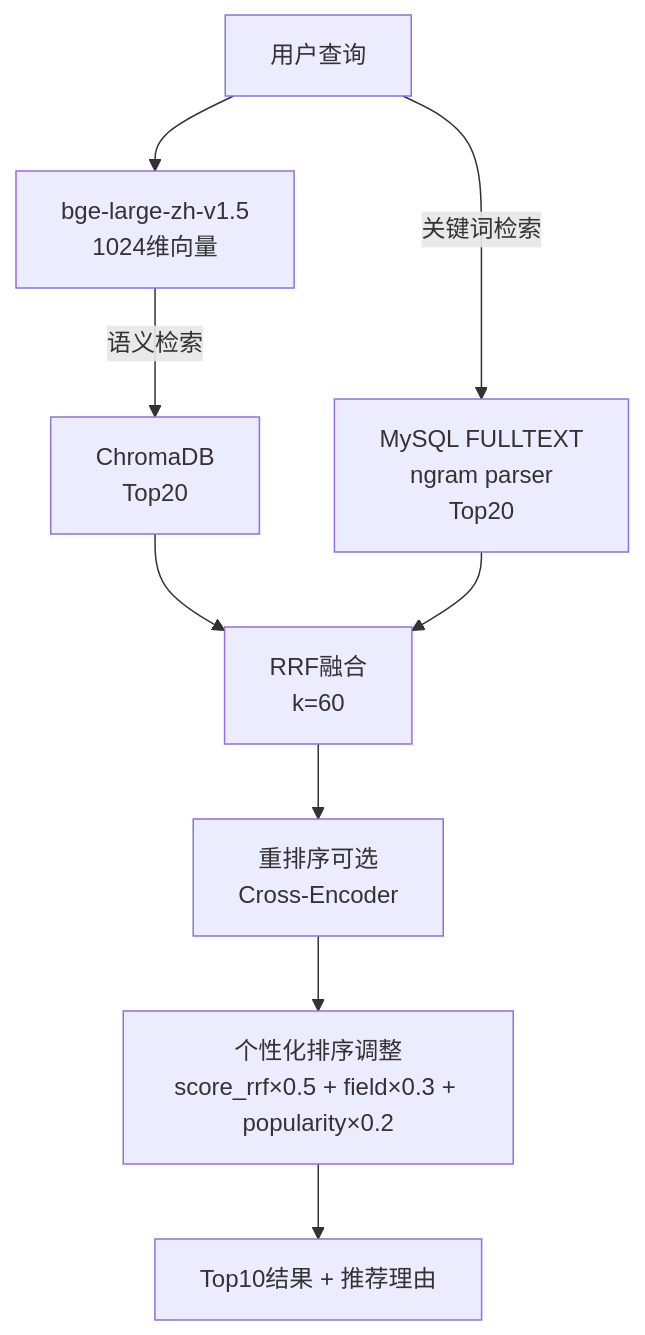
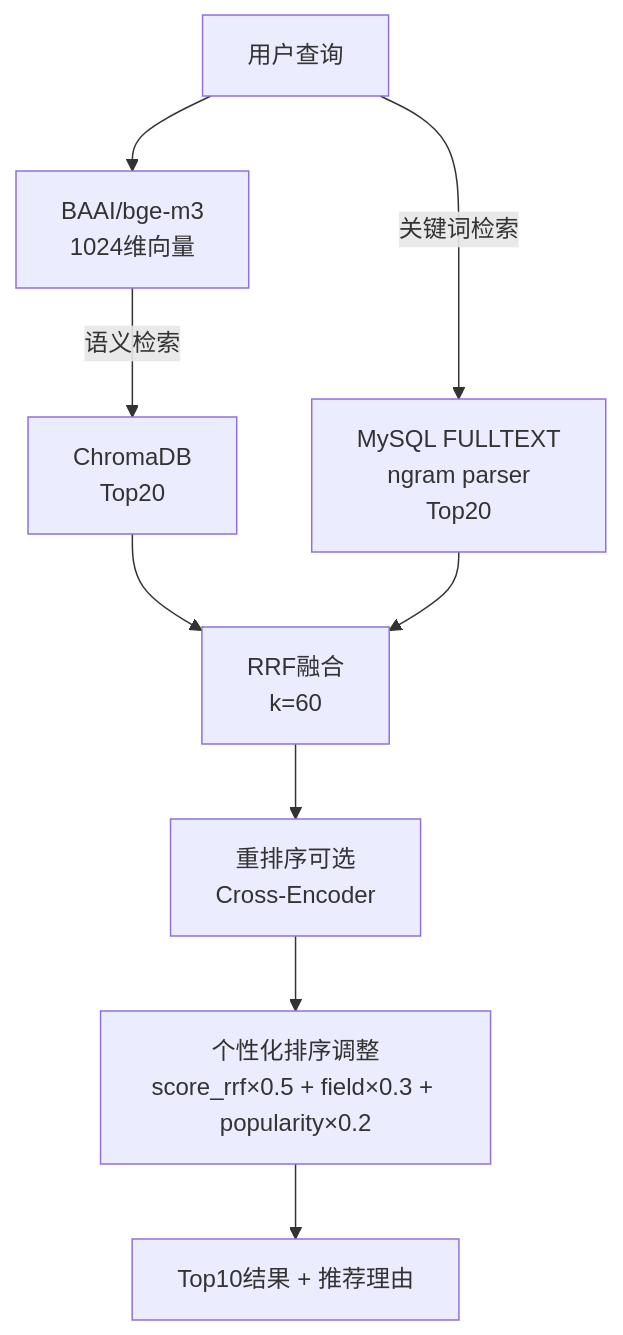
The fourth of 4 diagrams in AGENTS.md (Fsu7/Veritas-), drawn with Mermaid before and after one commit. The commit also changed other lines of this file and 89 other files, not shown here.

````diff
--- a/AGENTS.md
+++ b/AGENTS.md
@@ -488,11 +488,11 @@
 ```mermaid
 graph TD
-    Q[用户查询] --> EMB[bge-large-zh-v1.5<br/>1024维向量]
+    Q[用户查询] --> EMB[BAAI/bge-m3<br/>1024维向量]
     EMB -->|语义检索| CHROMA[ChromaDB<br/>Top20]
     Q -->|关键词检索| MYSQL[MySQL FULLTEXT<br/>ngram parser<br/>Top20]
     CHROMA --> RRF[RRF融合<br/>k=60]
     MYSQL --> RRF
     RRF --> RERANK[重排序可选<br/>Cross-Encoder]
     RERANK --> PERS[个性化排序调整<br/>score_rrf×0.5 + field×0.3 + popularity×0.2]
     PERS --> TOP[Top10结果 + 推荐理由]
 ```
````
